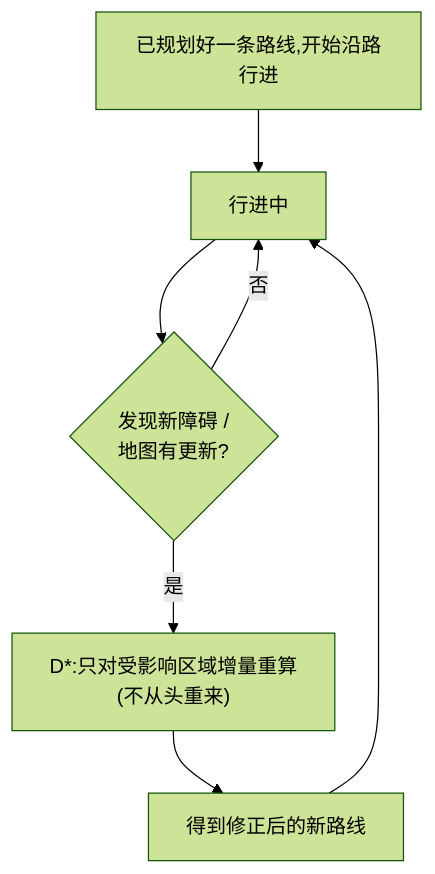
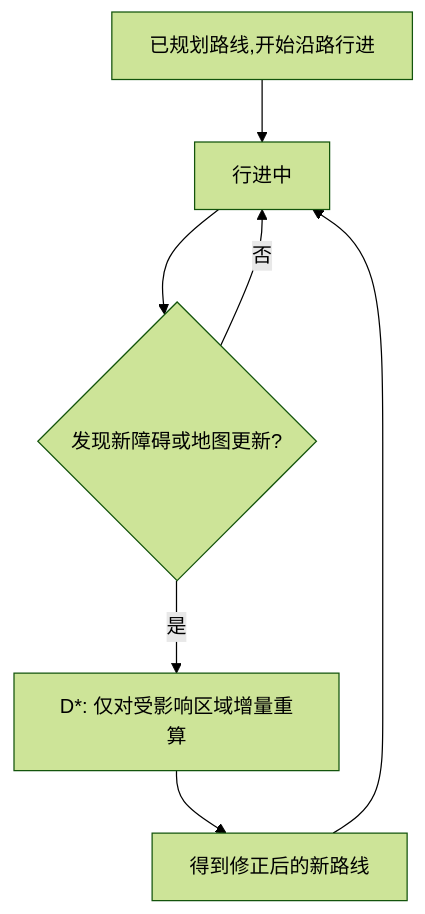
Diagram 12 of 33 in 竞赛文档/作品设计文档.md (Drahann/OpenHarmonyCar), drawn with Mermaid (forest theme) before and after one commit. The commit also changed other lines of this file and 37 other files, not shown here.

````diff
--- a/竞赛文档/作品设计文档.md
+++ b/竞赛文档/作品设计文档.md
@@ -527,9 +488,9 @@
 ```mermaid
 flowchart TB
-  PLAN["已规划好一条路线,开始沿路行进"] --> WALK["行进中"]
-  WALK --> CHK{"发现新障碍 /<br/>地图有更新?"}
+  PLAN["已规划路线,开始沿路行进"] --> WALK["行进中"]
+  WALK --> CHK{"发现新障碍或地图更新?"}
   CHK -->|否| WALK
-  CHK -->|是| LOCAL["D*:只对受影响区域增量重算<br/>(不从头重来)"]
+  CHK -->|是| LOCAL["D*: 仅对受影响区域增量重算"]
   LOCAL --> NEW["得到修正后的新路线"]
   NEW --> WALK
 ```
````
